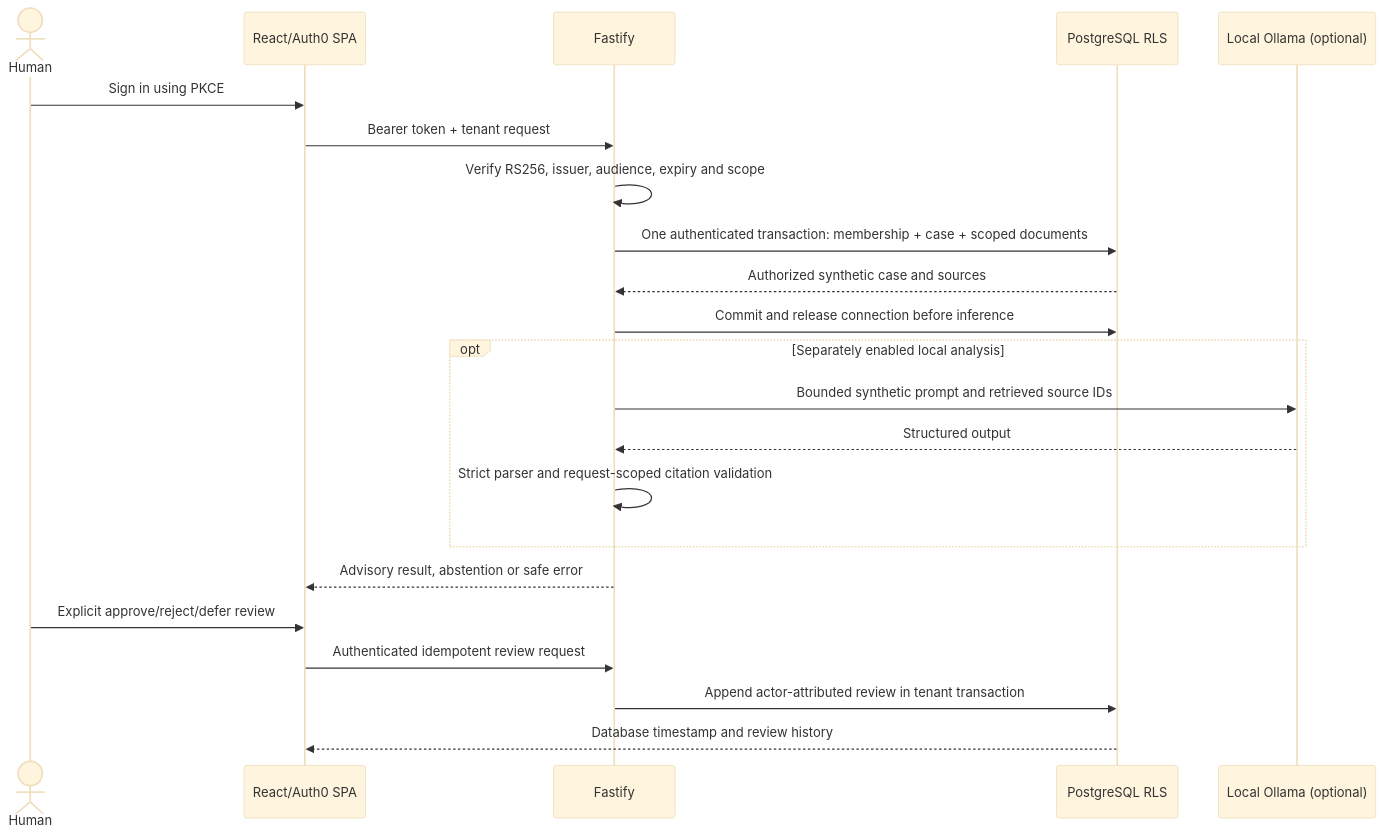
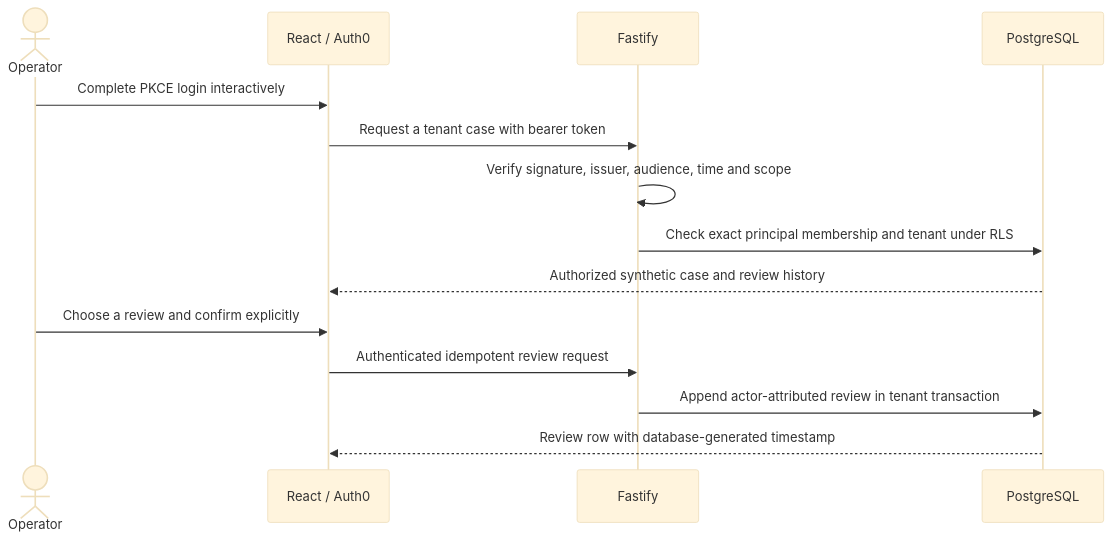
Before and after one commit to AnkurSingh16/aegis-ai-architect-portfolio: the second of 2 diagrams in docs/PORTFOLIO-CASE-STUDY.md, drawn with Mermaid (base theme). The commit also changed other lines of this file and 3 other files, not shown here.

````diff
--- a/docs/PORTFOLIO-CASE-STUDY.md
+++ b/docs/PORTFOLIO-CASE-STUDY.md
@@ -38,24 +32,16 @@
 ```mermaid
 sequenceDiagram
-  actor Human
-  participant SPA as React/Auth0 SPA
+  actor Operator
+  participant SPA as React / Auth0
   participant API as Fastify
-  participant DB as PostgreSQL RLS
-  participant Model as Local Ollama (optional)
-  Human->>SPA: Sign in using PKCE
-  SPA->>API: Bearer token + tenant request
-  API->>API: Verify RS256, issuer, audience, expiry and scope
-  API->>DB: One authenticated transaction: membership + case + scoped documents
-  DB-->>API: Authorized synthetic case and sources
-  API->>DB: Commit and release connection before inference
-  opt Separately enabled local analysis
-    API->>Model: Bounded synthetic prompt and retrieved source IDs
-    Model-->>API: Structured output
-    API->>API: Strict parser and request-scoped citation validation
-  end
-  API-->>SPA: Advisory result, abstention or safe error
-  Human->>SPA: Explicit approve/reject/defer review
+  participant DB as PostgreSQL
+  Operator->>SPA: Complete PKCE login interactively
+  SPA->>API: Request a tenant case with bearer token
+  API->>API: Verify signature, issuer, audience, time and scope
+  API->>DB: Check exact principal membership and tenant under RLS
+  DB-->>SPA: Authorized synthetic case and review history
+  Operator->>SPA: Choose a review and confirm explicitly
   SPA->>API: Authenticated idempotent review request
   API->>DB: Append actor-attributed review in tenant transaction
-  DB-->>SPA: Database timestamp and review history
+  DB-->>SPA: Review row with database-generated timestamp
 ```
````
